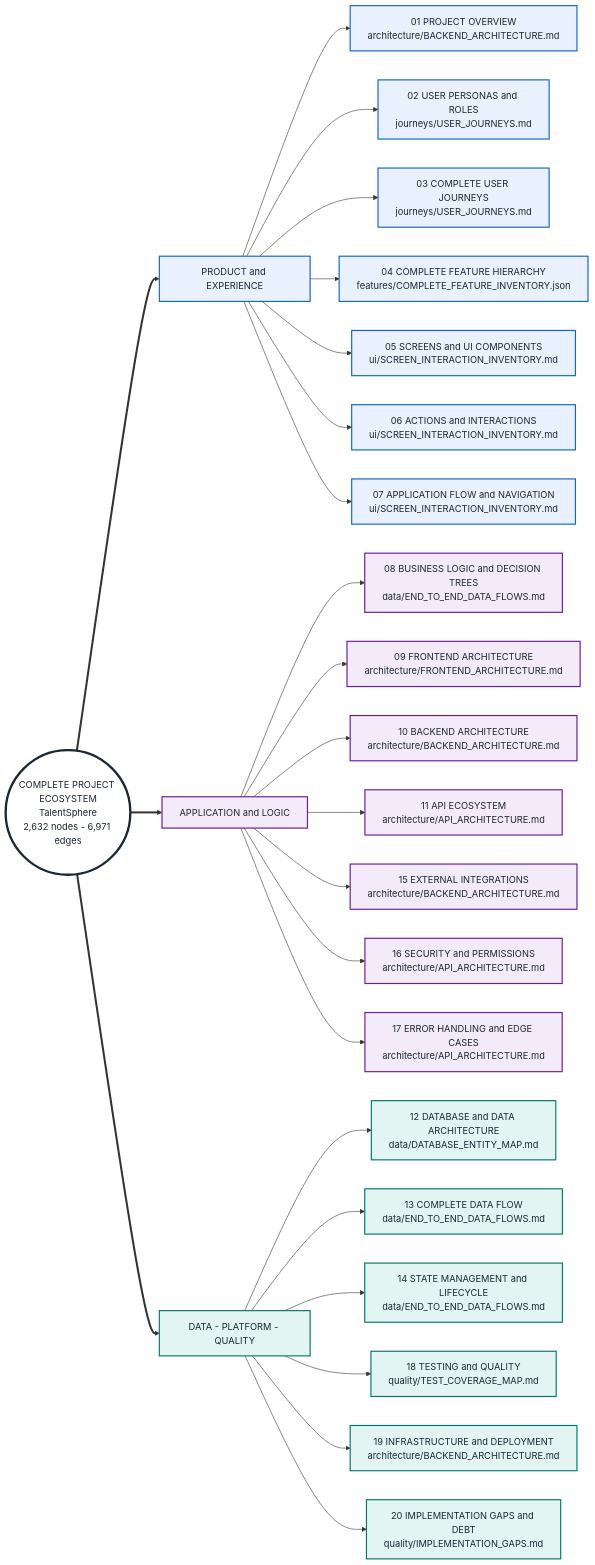
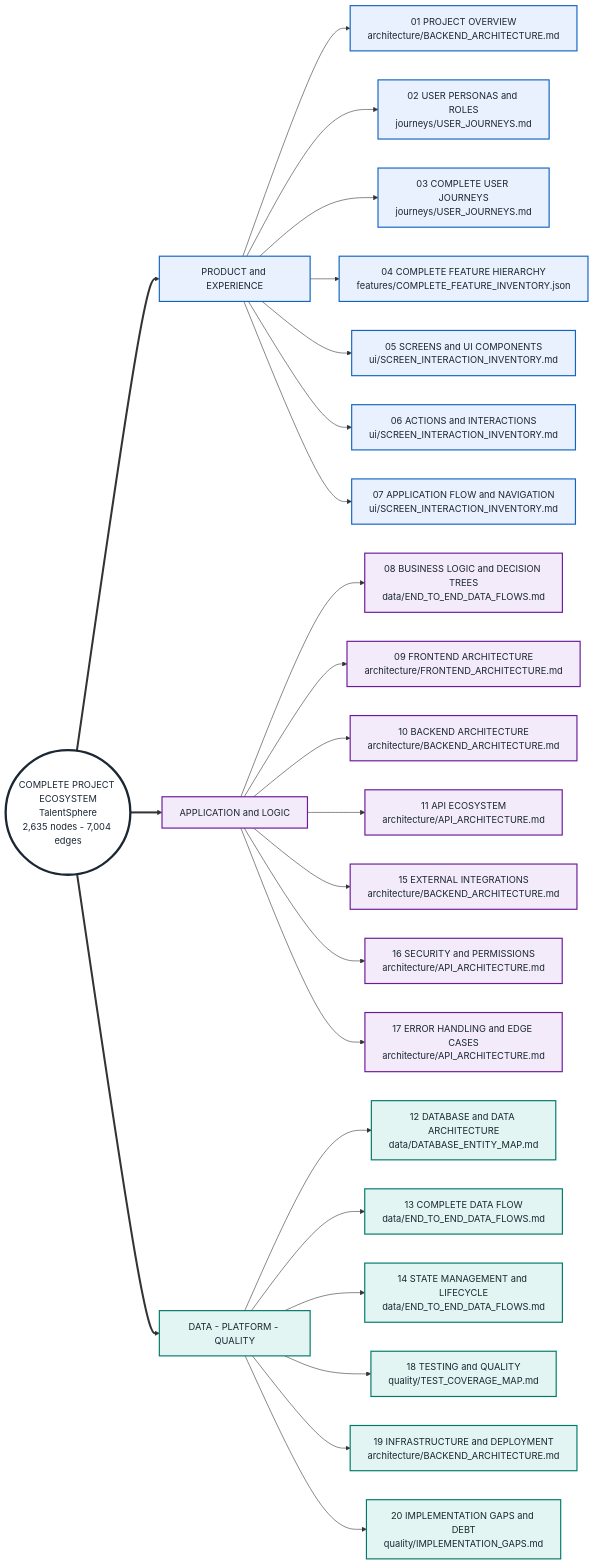
One commit to yhsomani/talentsphere-complete changed the first of 22 diagrams in project-mindmap/master/MASTER_PROJECT_DIAGRAMS.md. Above: the diagram before and after it, drawn with Mermaid. The commit also changed other lines of this file and 171 other files, not shown here.

First line of the commit message:
docs(mindmap): feature catalog to nano level and graph views

````diff
--- a/project-mindmap/master/MASTER_PROJECT_DIAGRAMS.md
+++ b/project-mindmap/master/MASTER_PROJECT_DIAGRAMS.md
@@ -21,55 +21,55 @@
 ```mermaid
 flowchart LR
-  HUB(("COMPLETE PROJECT ECOSYSTEM<br/>TalentSphere<br/>2,632 nodes - 6,971 edges")):::hub
+  HUB(("COMPLETE PROJECT ECOSYSTEM<br/>TalentSphere<br/>2,635 nodes - 7,004 edges")):::hub
   ZA["PRODUCT and EXPERIENCE"]:::grpA
   HUB ==> ZA
   B01["01 PROJECT OVERVIEW<br/>architecture/BACKEND_ARCHITECTURE.md"]:::grpA
   ZA --> B01
   B02["02 USER PERSONAS and ROLES<br/>journeys/USER_JOURNEYS.md"]:::grpA
   ZA --> B02
   B03["03 COMPLETE USER JOURNEYS<br/>journeys/USER_JOURNEYS.md"]:::grpA
   ZA --> B03
   B04["04 COMPLETE FEATURE HIERARCHY<br/>features/COMPLETE_FEATURE_INVENTORY.json"]:::grpA
   ZA --> B04
   B05["05 SCREENS and UI COMPONENTS<br/>ui/SCREEN_INTERACTION_INVENTORY.md"]:::grpA
   ZA --> B05
   B06["06 ACTIONS and INTERACTIONS<br/>ui/SCREEN_INTERACTION_INVENTORY.md"]:::grpA
   ZA --> B06
   B07["07 APPLICATION FLOW and NAVIGATION<br/>ui/SCREEN_INTERACTION_INVENTORY.md"]:::grpA
   ZA --> B07
   ZB["APPLICATION and LOGIC"]:::grpB
   HUB ==> ZB
   B08["08 BUSINESS LOGIC and DECISION TREES<br/>data/END_TO_END_DATA_FLOWS.md"]:::grpB
   ZB --> B08
   B09["09 FRONTEND ARCHITECTURE<br/>architecture/FRONTEND_ARCHITECTURE.md"]:::grpB
   ZB --> B09
   B10["10 BACKEND ARCHITECTURE<br/>architecture/BACKEND_ARCHITECTURE.md"]:::grpB
   ZB --> B10
   B11["11 API ECOSYSTEM<br/>architecture/API_ARCHITECTURE.md"]:::grpB
   ZB --> B11
   B15["15 EXTERNAL INTEGRATIONS<br/>architecture/BACKEND_ARCHITECTURE.md"]:::grpB
   ZB --> B15
   B16["16 SECURITY and PERMISSIONS<br/>architecture/API_ARCHITECTURE.md"]:::grpB
   ZB --> B16
   B17["17 ERROR HANDLING and EDGE CASES<br/>architecture/API_ARCHITECTURE.md"]:::grpB
   ZB --> B17
   ZC["DATA - PLATFORM - QUALITY"]:::grpC
   HUB ==> ZC
   B12["12 DATABASE and DATA ARCHITECTURE<br/>data/DATABASE_ENTITY_MAP.md"]:::grpC
   ZC --> B12
   B13["13 COMPLETE DATA FLOW<br/>data/END_TO_END_DATA_FLOWS.md"]:::grpC
   ZC --> B13
   B14["14 STATE MANAGEMENT and LIFECYCLE<br/>data/END_TO_END_DATA_FLOWS.md"]:::grpC
   ZC --> B14
   B18["18 TESTING and QUALITY<br/>quality/TEST_COVERAGE_MAP.md"]:::grpC
   ZC --> B18
   B19["19 INFRASTRUCTURE and DEPLOYMENT<br/>architecture/BACKEND_ARCHITECTURE.md"]:::grpC
   ZC --> B19
   B20["20 IMPLEMENTATION GAPS and DEBT<br/>quality/IMPLEMENTATION_GAPS.md"]:::grpC
   ZC --> B20
   classDef grpA fill:#e8f1fd,stroke:#1565c0,color:#1b2733,stroke-width:2px;
   classDef grpB fill:#f3eafa,stroke:#6a1b9a,color:#1b2733,stroke-width:2px;
   classDef grpC fill:#e3f5f2,stroke:#00796b,color:#1b2733,stroke-width:2px;
   classDef hub fill:#ffffff,stroke:#1b2733,stroke-width:4px,color:#1b2733;
   classDef api fill:#fff3e0,stroke:#e65100,color:#1b2733;
 ```
````
